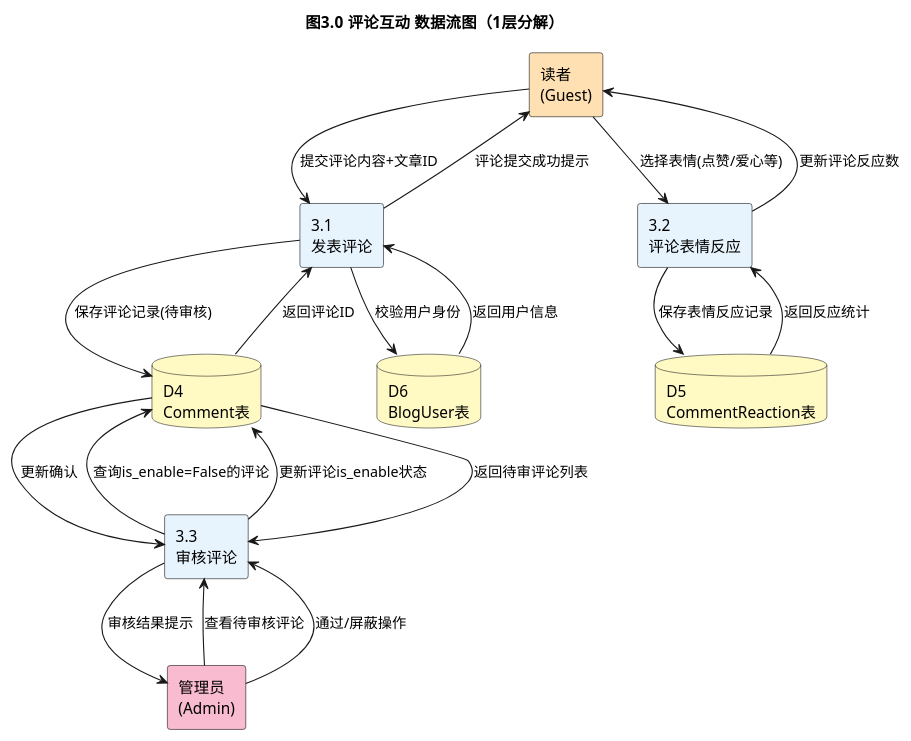
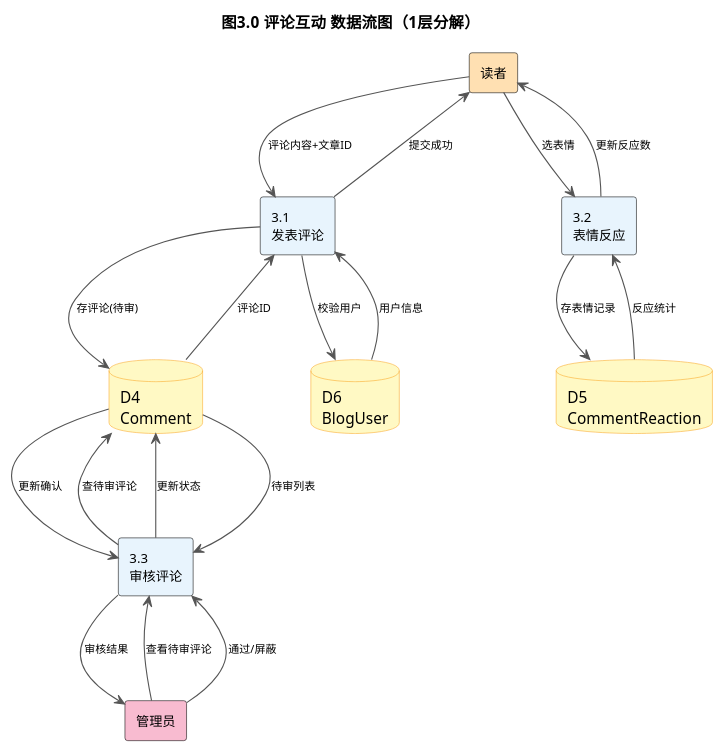
Before and after one commit to xiongyuanhao0525-bot/Class3-Group4: the fourth of 5 diagrams in doc/素材/纪秀茹/blog数据流图.puml, drawn with PlantUML. The commit also changed other lines of this file and 5 other files, not shown here.

Commit message:
纪秀茹：优化blog数据流图布局，解决标注重叠

```diff
--- a/doc/素材/纪秀茹/blog数据流图.puml
+++ b/doc/素材/纪秀茹/blog数据流图.puml
@@ -131,43 +142,48 @@
 @startuml DFD-3评论互动
 skinparam defaultFontName "Microsoft YaHei"
+skinparam nodesep 60
+skinparam ranksep 80
 skinparam rectangle {
   BackgroundColor #FEFEFE
   BorderColor black
+  FontSize 12
 }
+skinparam database {
+  BackgroundColor #FFF9C4
+  BorderColor #F9A825
+}
+skinparam ArrowFontSize 10
+skinparam ArrowColor #555555
 title 图3.0  评论互动 数据流图（1层分解）
 
-' ===== 外部实体 =====
-rectangle "读者\n(Guest)" as E1 #FFE0B2
-rectangle "管理员\n(Admin)" as E3 #F8BBD0
+rectangle "读者" as E1 #FFE0B2
+rectangle "管理员" as E3 #F8BBD0
 
-' ===== 处理过程 =====
 rectangle "3.1\n发表评论" as P31 #E8F4FD
-rectangle "3.2\n评论表情反应" as P32 #E8F4FD
+rectangle "3.2\n表情反应" as P32 #E8F4FD
 rectangle "3.3\n审核评论" as P33 #E8F4FD
 
-' ===== 数据存储 =====
-database "D4\nComment表" as D4 #FFF9C4
-database "D5\nCommentReaction表" as D5 #FFF9C4
-database "D6\nBlogUser表" as D6 #FFF9C4
+database "D4\nComment" as D4 #FFF9C4
+database "D5\nCommentReaction" as D5 #FFF9C4
+database "D6\nBlogUser" as D6 #FFF9C4
 
-' ===== 数据流 =====
-E1 --> P31 : 提交评论内容+文章ID
-P31 --> D6 : 校验用户身份
-D6 --> P31 : 返回用户信息
-P31 --> D4 : 保存评论记录(待审核)
-D4 --> P31 : 返回评论ID
-P31 --> E1 : 评论提交成功提示
+E1 --> P31 : 评论内容+文章ID
+P31 --> D6 : 校验用户
+D6 --> P31 : 用户信息
+P31 --> D4 : 存评论(待审)
+D4 --> P31 : 评论ID
+P31 --> E1 : 提交成功
 
-E1 --> P32 : 选择表情(点赞/爱心等)
-P32 --> D5 : 保存表情反应记录
-D5 --> P32 : 返回反应统计
-P32 --> E1 : 更新评论反应数
+E1 --> P32 : 选表情
+P32 --> D5 : 存表情记录
+D5 --> P32 : 反应统计
+P32 --> E1 : 更新反应数
 
-E3 --> P33 : 查看待审核评论
-P33 --> D4 : 查询is_enable=False的评论
-D4 --> P33 : 返回待审评论列表
-E3 --> P33 : 通过/屏蔽操作
-P33 --> D4 : 更新评论is_enable状态
+E3 --> P33 : 查看待审评论
+P33 --> D4 : 查待审评论
+D4 --> P33 : 待审列表
+E3 --> P33 : 通过/屏蔽
+P33 --> D4 : 更新状态
 D4 --> P33 : 更新确认
-P33 --> E3 : 审核结果提示
+P33 --> E3 : 审核结果
 @enduml
```
